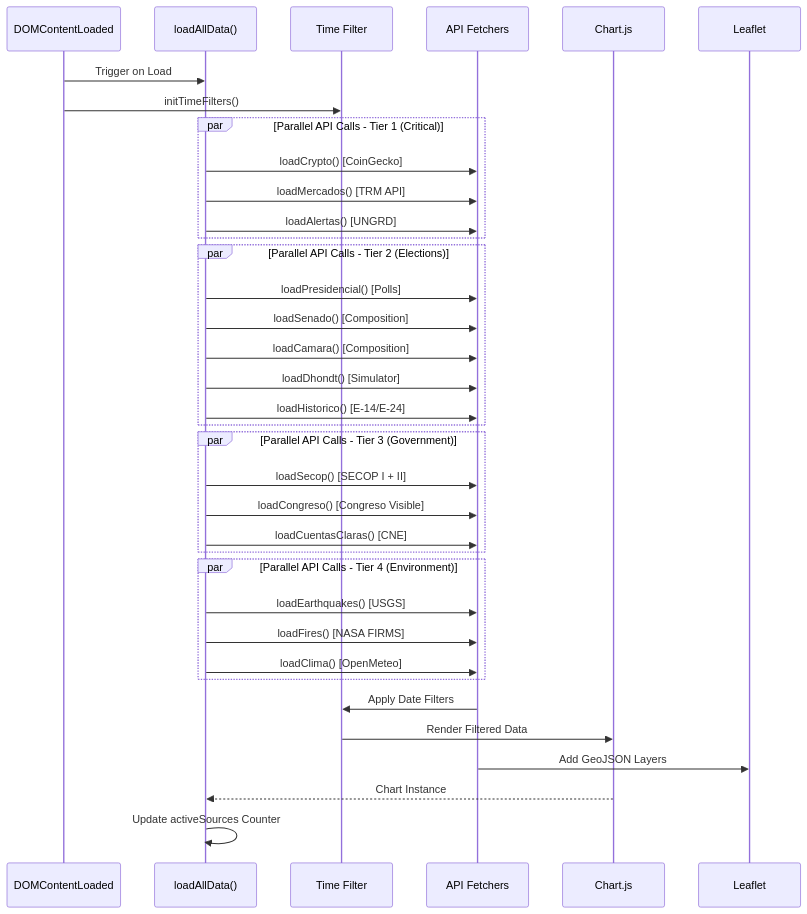
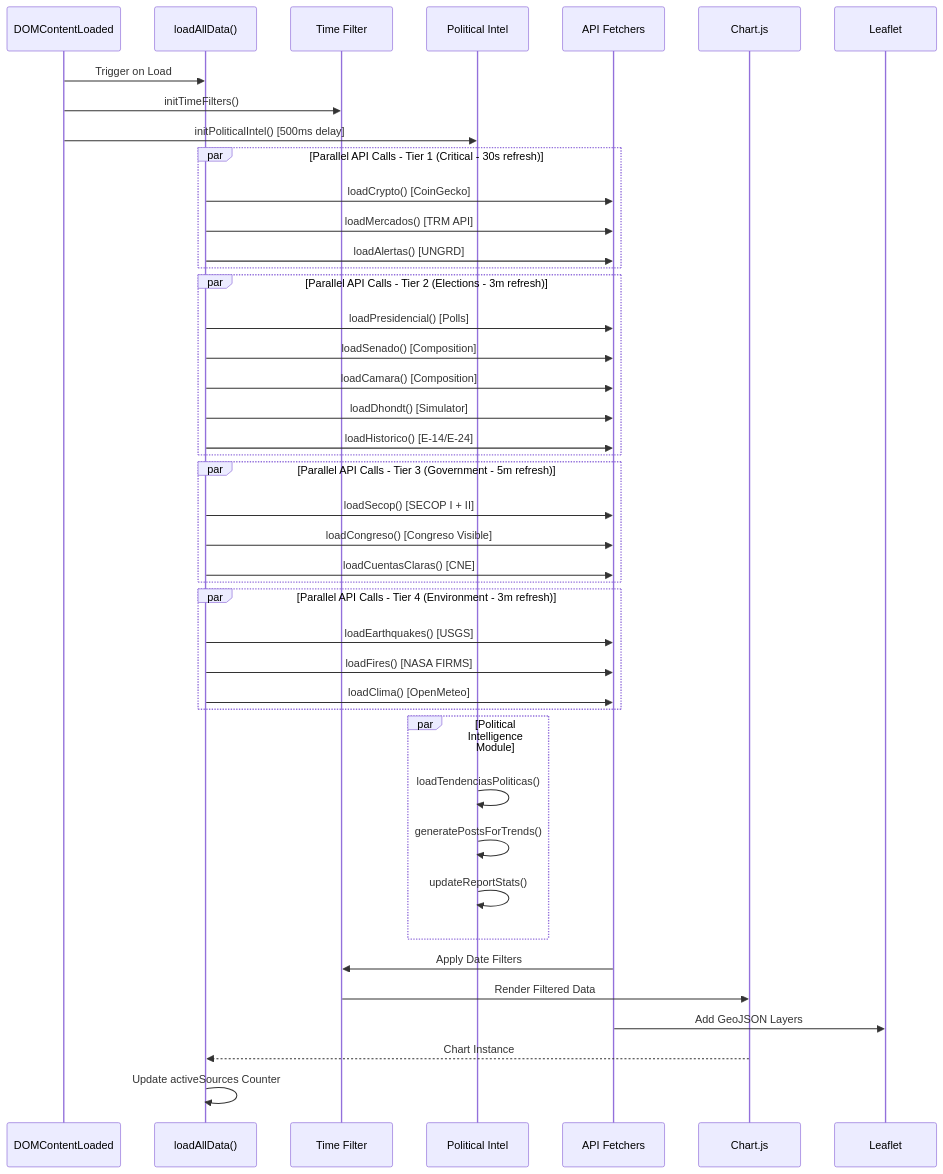
The fifth of 15 diagrams in README.md (DOMINUSBABEL/colombia-live-monitor), drawn with Mermaid before and after one commit. The commit also changed other lines of this file, not shown here.

Commit message:
docs: Expand README 400%+ with Political Intel docs, algorithms, Mermaid diagrams, and v6.0 features

````diff
--- a/README.md
+++ b/README.md
@@ -140,44 +274,52 @@
 ```mermaid
 sequenceDiagram
     participant Init as DOMContentLoaded
     participant Orch as loadAllData()
     participant Filter as Time Filter
+    participant Political as Political Intel
     participant Fetcher as API Fetchers
     participant Chart as Chart.js
     participant Map as Leaflet
 
     Init->>Orch: Trigger on Load
     Init->>Filter: initTimeFilters()
+    Init->>Political: initPoliticalIntel() [500ms delay]
     
-    par Parallel API Calls - Tier 1 (Critical)
+    par Parallel API Calls - Tier 1 (Critical - 30s refresh)
         Orch->>Fetcher: loadCrypto() [CoinGecko]
         Orch->>Fetcher: loadMercados() [TRM API]
         Orch->>Fetcher: loadAlertas() [UNGRD]
     end
     
-    par Parallel API Calls - Tier 2 (Elections)
+    par Parallel API Calls - Tier 2 (Elections - 3m refresh)
         Orch->>Fetcher: loadPresidencial() [Polls]
         Orch->>Fetcher: loadSenado() [Composition]
         Orch->>Fetcher: loadCamara() [Composition]
         Orch->>Fetcher: loadDhondt() [Simulator]
         Orch->>Fetcher: loadHistorico() [E-14/E-24]
     end
     
-    par Parallel API Calls - Tier 3 (Government)
+    par Parallel API Calls - Tier 3 (Government - 5m refresh)
         Orch->>Fetcher: loadSecop() [SECOP I + II]
         Orch->>Fetcher: loadCongreso() [Congreso Visible]
         Orch->>Fetcher: loadCuentasClaras() [CNE]
     end
     
-    par Parallel API Calls - Tier 4 (Environment)
+    par Parallel API Calls - Tier 4 (Environment - 3m refresh)
         Orch->>Fetcher: loadEarthquakes() [USGS]
         Orch->>Fetcher: loadFires() [NASA FIRMS]
         Orch->>Fetcher: loadClima() [OpenMeteo]
+    end
+    
+    par Political Intelligence Module
+        Political->>Political: loadTendenciasPoliticas()
+        Political->>Political: generatePostsForTrends()
+        Political->>Political: updateReportStats()
     end
     
     Fetcher->>Filter: Apply Date Filters
     Filter->>Chart: Render Filtered Data
     Fetcher->>Map: Add GeoJSON Layers
     Chart-->>Orch: Chart Instance
     Orch->>Orch: Update activeSources Counter
 ```
````
